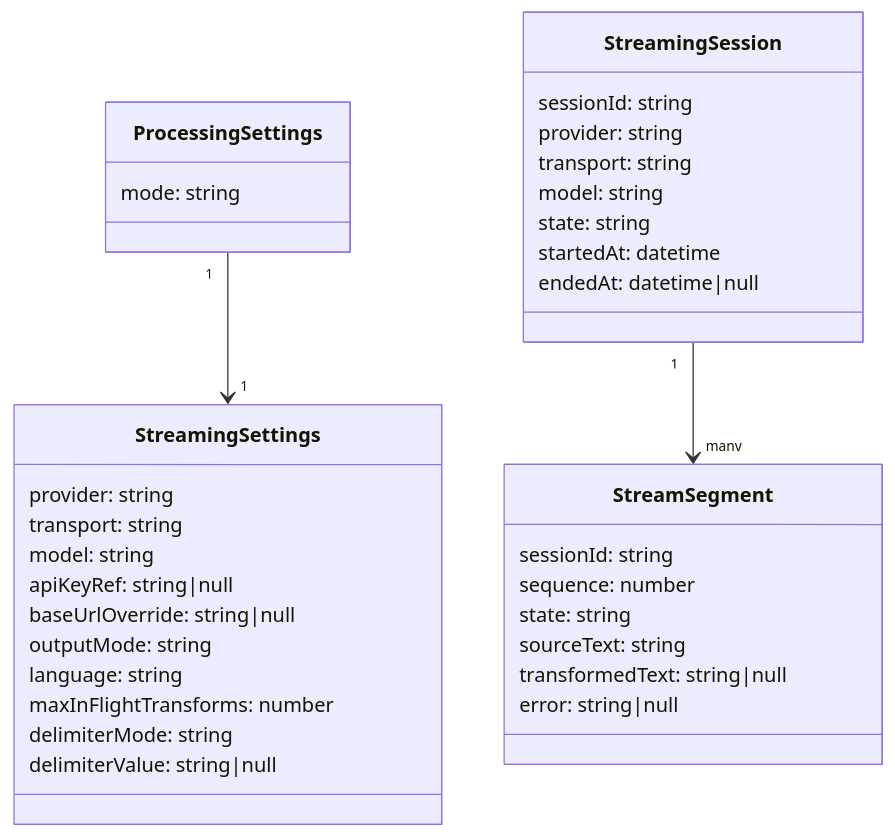
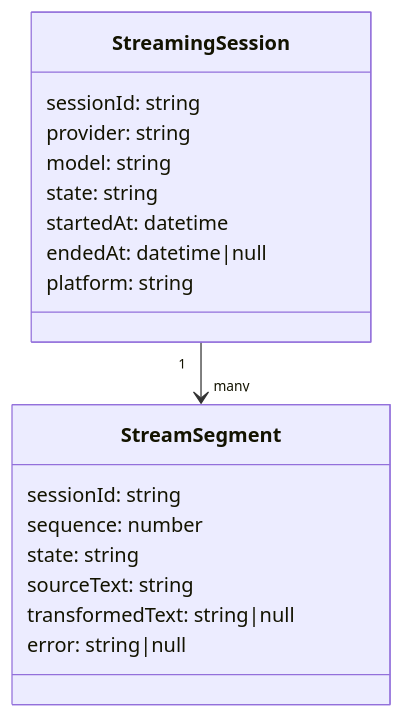
One commit to massun-onibakuchi/speech-to-text-app changed the sixth of 8 diagrams in specs/spec.md. Above: the diagram before and after it, drawn with Mermaid. The commit also changed other lines of this file and 3 other files, not shown here.

````diff
--- a/specs/spec.md
+++ b/specs/spec.md
@@ -950,41 +920,23 @@
 ```mermaid
 classDiagram
-  class ProcessingSettings {
-    mode: string
-  }
-
   class StreamingSession {
     sessionId: string
     provider: string
-    transport: string
     model: string
     state: string
     startedAt: datetime
     endedAt: datetime|null
+    platform: string
   }
 
   class StreamSegment {
     sessionId: string
     sequence: number
     state: string
     sourceText: string
     transformedText: string|null
     error: string|null
   }
 
-  class StreamingSettings {
-    provider: string
-    transport: string
-    model: string
-    apiKeyRef: string|null
-    baseUrlOverride: string|null
-    outputMode: string
-    language: string
-    maxInFlightTransforms: number
-    delimiterMode: string
-    delimiterValue: string|null
-  }
-
   StreamingSession "1" --> "many" StreamSegment
-  ProcessingSettings "1" --> "1" StreamingSettings
 ```
````
